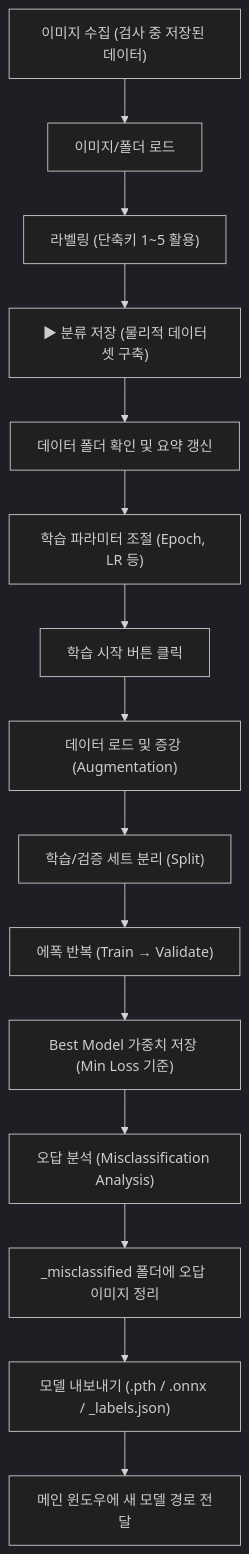
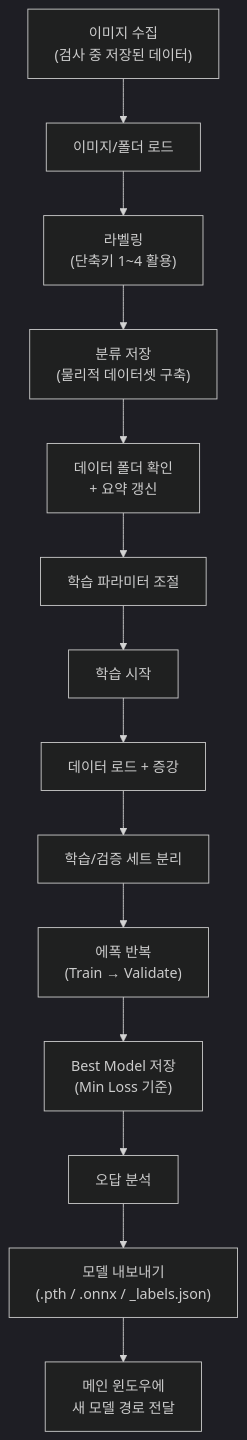
The second of 2 diagrams in ForeignBody Insp/Review/Classification_Tab_UI_Description.md (IshNar/ObsidianGitTest), drawn with Mermaid (dark theme) before and after one commit. The commit also changed other lines of this file and 5 other files, not shown here.

````diff
--- a/ForeignBody Insp/Review/Classification_Tab_UI_Description.md
+++ b/ForeignBody Insp/Review/Classification_Tab_UI_Description.md
@@ -91,24 +122,16 @@
 ```mermaid
 graph TD
-    %% 1. 데이터 준비
-    A["이미지 수집 (검사 중 저장된 데이터)"] --> B["이미지/폴더 로드"]
-    B --> C["라벨링 (단축키 1~5 활용)"]
-    C --> D["▶ 분류 저장 (물리적 데이터셋 구축)"]
-
-    %% 2. 학습 설정
-    D --> E["데이터 폴더 확인 및 요약 갱신"]
-    E --> F["학습 파라미터 조절 (Epoch, LR 등)"]
-    F --> G["학습 시작 버튼 클릭"]
-
-    %% 3. 학습 엔진 동작
-    G --> H["데이터 로드 및 증강 (Augmentation)"]
-    H --> I["학습/검증 세트 분리 (Split)"]
-    I --> J["에폭 반복 (Train → Validate)"]
-    J --> K["Best Model 가중치 저장 (Min Loss 기준)"]
-
-    %% 4. 사후 분석 및 결과
-    K --> L["오답 분석 (Misclassification Analysis)"]
-    L --> M["_misclassified 폴더에 오답 이미지 정리"]
-    M --> N["모델 내보내기 (.pth / .onnx / _labels.json)"]
-    N --> O["메인 윈도우에 새 모델 경로 전달"]
+    A["이미지 수집<br/>(검사 중 저장된 데이터)"] --> B["이미지/폴더 로드"]
+    B --> C["라벨링<br/>(단축키 1~4 활용)"]
+    C --> D["분류 저장<br/>(물리적 데이터셋 구축)"]
+    D --> E["데이터 폴더 확인<br/>+ 요약 갱신"]
+    E --> F["학습 파라미터 조절"]
+    F --> G["학습 시작"]
+    G --> H["데이터 로드 + 증강"]
+    H --> I["학습/검증 세트 분리"]
+    I --> J["에폭 반복<br/>(Train → Validate)"]
+    J --> K["Best Model 저장<br/>(Min Loss 기준)"]
+    K --> L["오답 분석"]
+    L --> M["모델 내보내기<br/>(.pth / .onnx / _labels.json)"]
+    M --> N["메인 윈도우에<br/>새 모델 경로 전달"]
 ```
````
